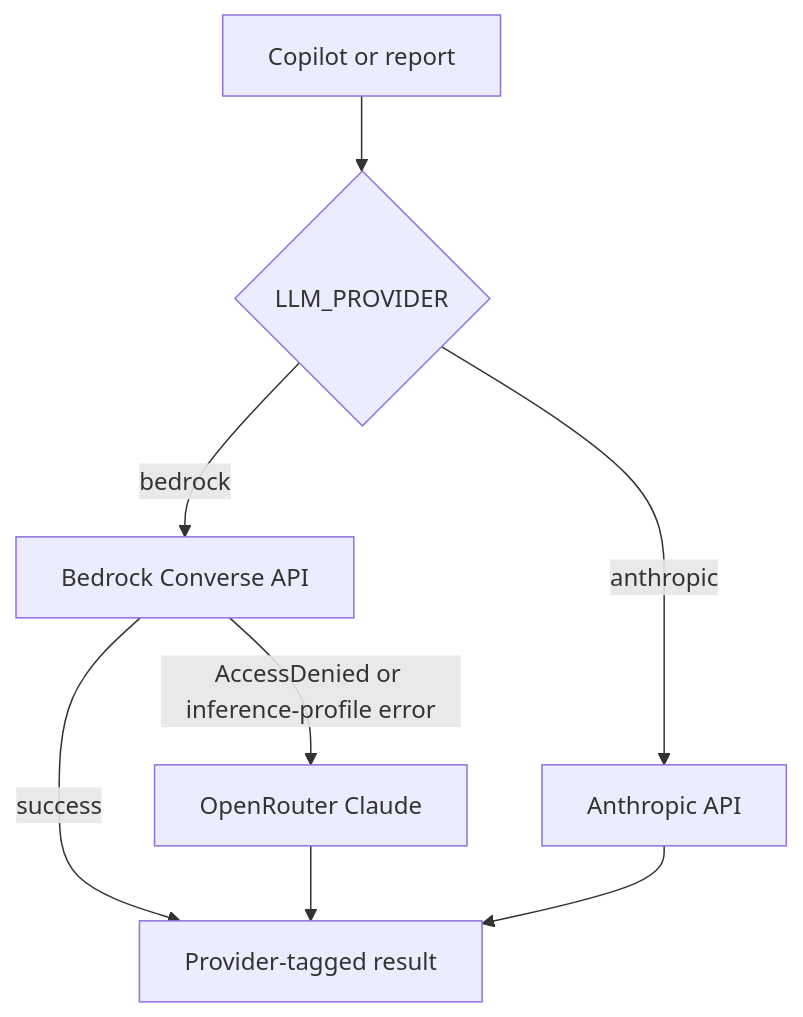
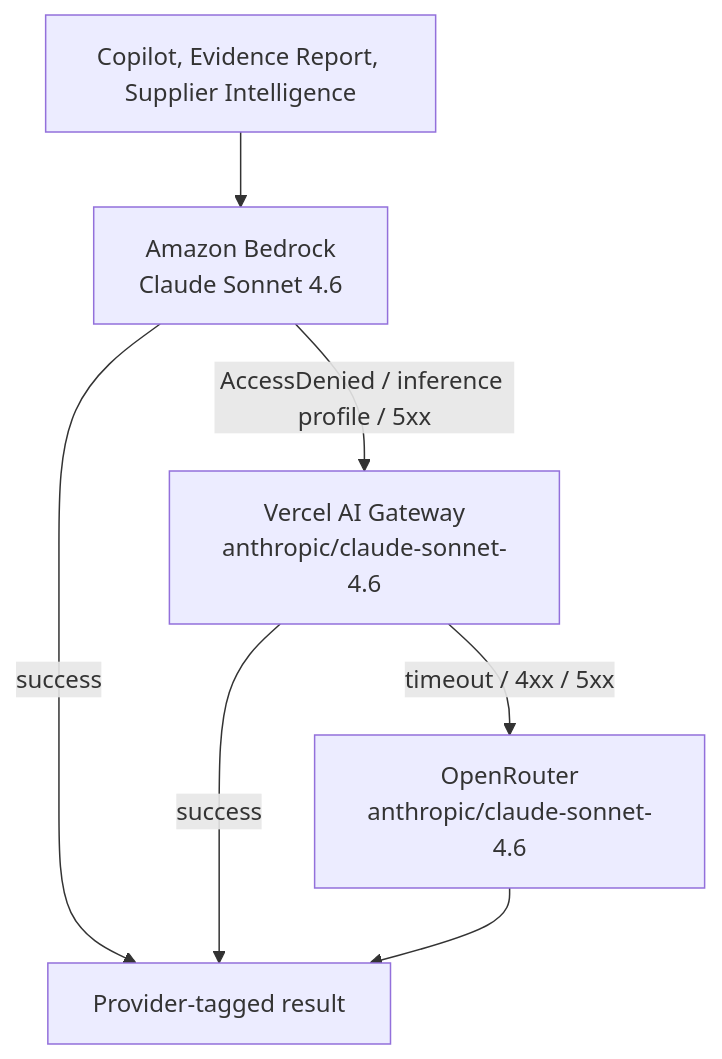
One commit to Scarce01/bunkerguard-ai changed the fourth of 5 diagrams in README.md. Above: the diagram before and after it, drawn with Mermaid. The commit also changed other lines of this file and 1 other file, not shown here.

First line of the commit message:
Document Vercel AI Gateway as production LLM fallback

````diff
--- a/README.md
+++ b/README.md
@@ -347,10 +373,9 @@
 ```mermaid
 flowchart TD
-    Request[Copilot or report] --> Provider{LLM_PROVIDER}
-    Provider -->|anthropic| Anthropic[Anthropic API]
-    Provider -->|bedrock| Bedrock[Bedrock Converse API]
+    Request[Copilot, Evidence Report, Supplier Intelligence] --> Bedrock[Amazon Bedrock<br/>Claude Sonnet 4.6]
     Bedrock -->|success| Result[Provider-tagged result]
-    Bedrock -->|AccessDenied or inference-profile error| OR[OpenRouter Claude]
+    Bedrock -->|AccessDenied / inference profile / 5xx| Gateway[Vercel AI Gateway<br/>anthropic/claude-sonnet-4.6]
+    Gateway -->|success| Result
+    Gateway -->|timeout / 4xx / 5xx| OR[OpenRouter<br/>anthropic/claude-sonnet-4.6]
     OR --> Result
-    Anthropic --> Result
 ```
````
